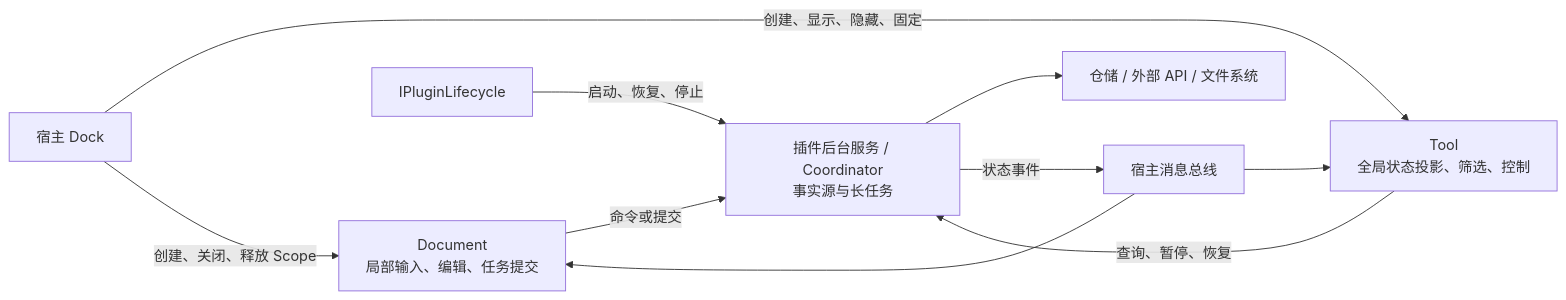
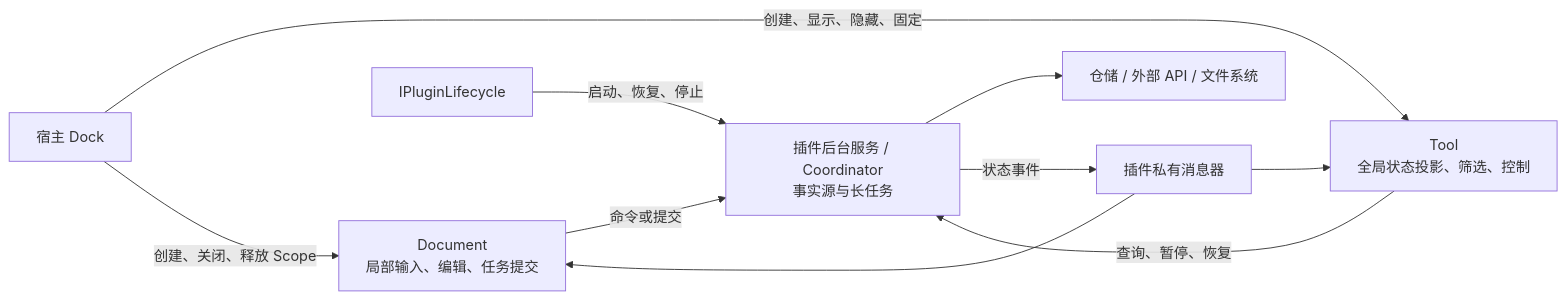
Before and after one commit to crownclowngx/avalonia_dock_simple_test: the fourth of 5 diagrams in docs/design/host-plugin-architecture-review.md, drawn with Mermaid. The commit also changed other lines of this file and 56 other files, not shown here.

````diff
--- a/docs/design/host-plugin-architecture-review.md
+++ b/docs/design/host-plugin-architecture-review.md
@@ -232,20 +240,20 @@
 ```mermaid
 flowchart LR
     Doc["Document<br/>局部输入、编辑、任务提交"]
     Tool["Tool<br/>全局状态投影、筛选、控制"]
     Service["插件后台服务 / Coordinator<br/>事实源与长任务"]
     Store["仓储 / 外部 API / 文件系统"]
-    Bus["宿主消息总线"]
+    Bus["插件私有消息器"]
     Life["IPluginLifecycle"]
 
     Doc -->|"命令或提交"| Service
     Tool -->|"查询、暂停、恢复"| Service
     Service --> Store
     Service -->|"状态事件"| Bus
     Bus --> Doc
     Bus --> Tool
     Life -->|"启动、恢复、停止"| Service
 
     Host["宿主 Dock"] -->|"创建、显示、隐藏、固定"| Tool
     Host -->|"创建、关闭、释放 Scope"| Doc
 ```
````
